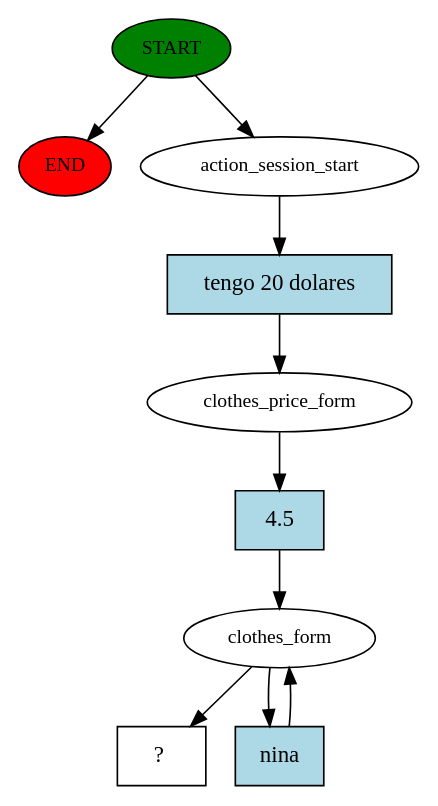
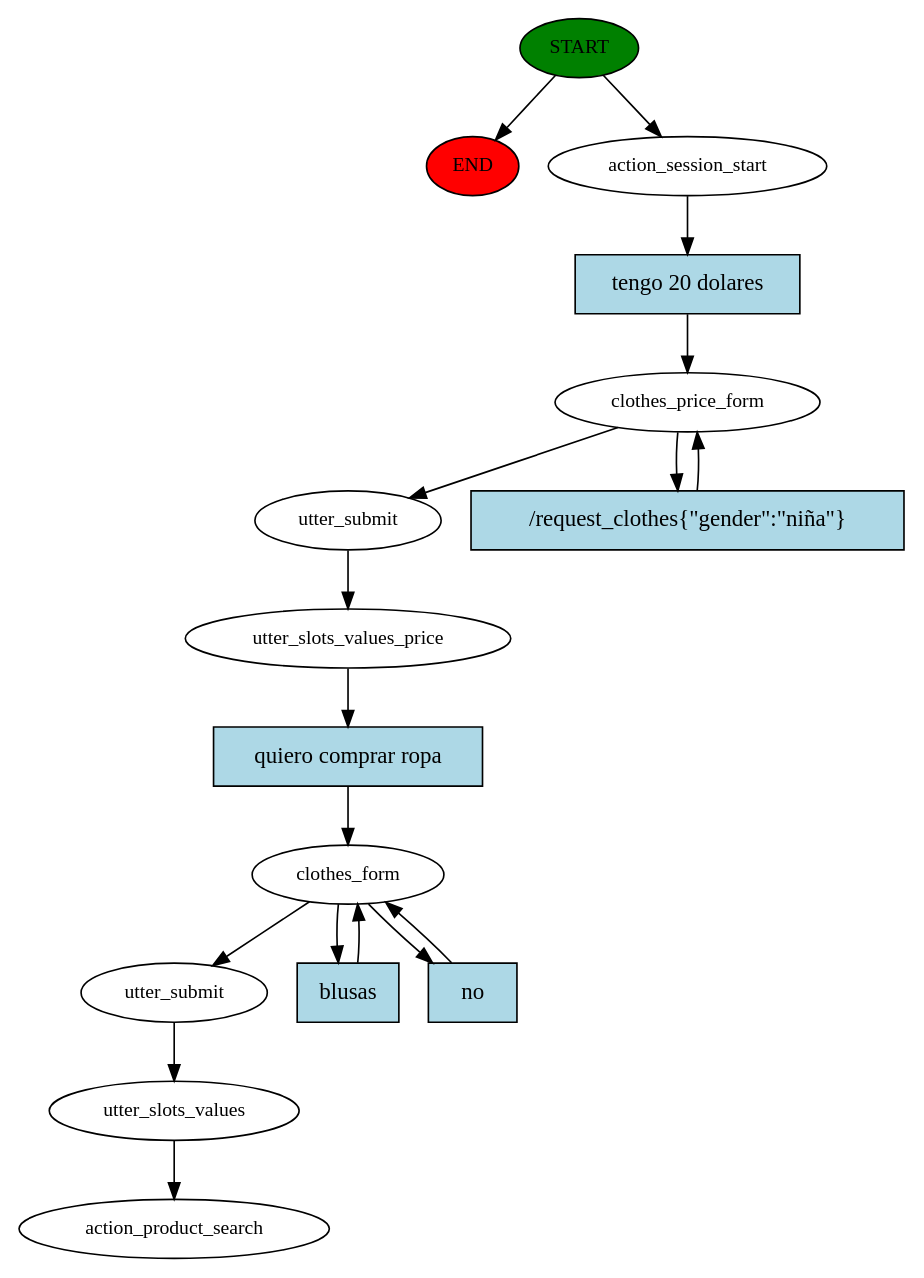
The diagram in chatbot/story_graph.dot (kabirivan/ChatBot-Clothes), drawn with Graphviz before and after one commit. The commit also changed 9 other files, not shown here.

```diff
--- a/chatbot/story_graph.dot
+++ b/chatbot/story_graph.dot
@@ -1,20 +1,34 @@
 digraph  {
 0 [class="start active", fillcolor=green, fontsize=12, label=START, style=filled];
 "-1" [class=end, fillcolor=red, fontsize=12, label=END, style=filled];
 1 [class=active, fontsize=12, label=action_session_start];
 2 [class=active, fontsize=12, label=clothes_price_form];
-3 [class=active, fontsize=12, label=clothes_form];
-5 [class="intent dashed active", label="  ?  ", shape=rect];
-6 [class="intent active", fillcolor=lightblue, label="tengo 20 dolares", shape=rect, style=filled];
-7 [class="intent active", fillcolor=lightblue, label="4.5", shape=rect, style=filled];
-8 [class="intent active", fillcolor=lightblue, label=nina, shape=rect, style=filled];
+4 [class=active, fontsize=12, label=utter_submit];
+5 [class=active, fontsize=12, label=utter_slots_values_price];
+6 [class=active, fontsize=12, label=clothes_form];
+10 [class=active, fontsize=12, label=utter_submit];
+11 [class=active, fontsize=12, label=utter_slots_values];
+12 [class="dashed active", fontsize=12, label=action_product_search];
+13 [class="intent active", fillcolor=lightblue, label="tengo 20 dolares", shape=rect, style=filled];
+14 [class="intent active", fillcolor=lightblue, label="/request_clothes{\"gender\":\"niña\"}", shape=rect, style=filled];
+15 [class="intent active", fillcolor=lightblue, label="quiero comprar ropa", shape=rect, style=filled];
+16 [class="intent active", fillcolor=lightblue, label=blusas, shape=rect, style=filled];
+17 [class="intent active", fillcolor=lightblue, label=no, shape=rect, style=filled];
 0 -> "-1"  [class="", key=NONE, label=""];
 0 -> 1  [class=active, key=NONE, label=""];
-1 -> 6  [class=active, key=0];
-2 -> 7  [class=active, key=0];
-3 -> 5  [class=active, key=NONE, label=""];
-3 -> 8  [class=active, key=0];
-6 -> 2  [class=active, key=0];
-7 -> 3  [class=active, key=0];
-8 -> 3  [class=active, key=0];
+1 -> 13  [class=active, key=0];
+2 -> 4  [class=active, key=NONE, label=""];
+2 -> 14  [class=active, key=0];
+4 -> 5  [class=active, key=NONE, label=""];
+5 -> 15  [class=active, key=0];
+6 -> 10  [class=active, key=NONE, label=""];
+6 -> 16  [class=active, key=0];
+6 -> 17  [class=active, key=0];
+10 -> 11  [class=active, key=NONE, label=""];
+11 -> 12  [class=active, key=NONE, label=""];
+13 -> 2  [class=active, key=0];
+14 -> 2  [class=active, key=0];
+15 -> 6  [class=active, key=0];
+16 -> 6  [class=active, key=0];
+17 -> 6  [class=active, key=0];
 }
```
